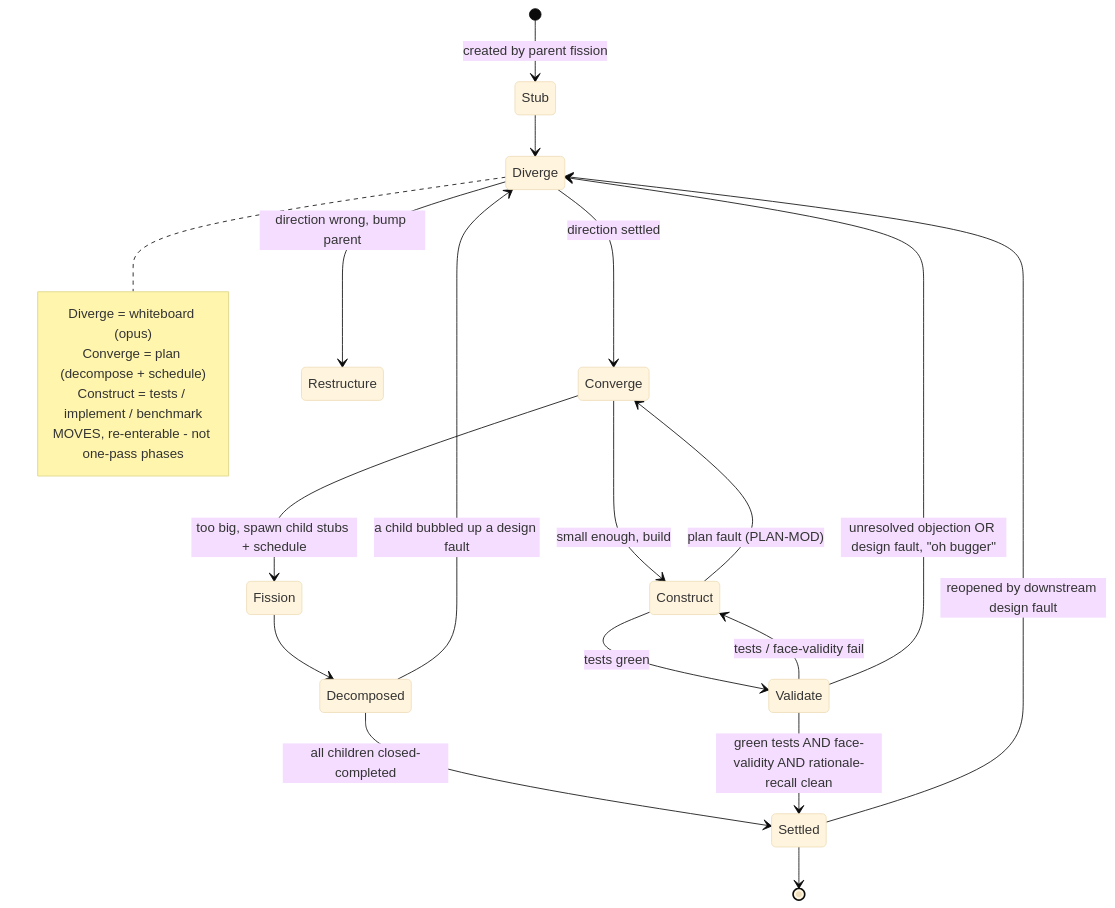
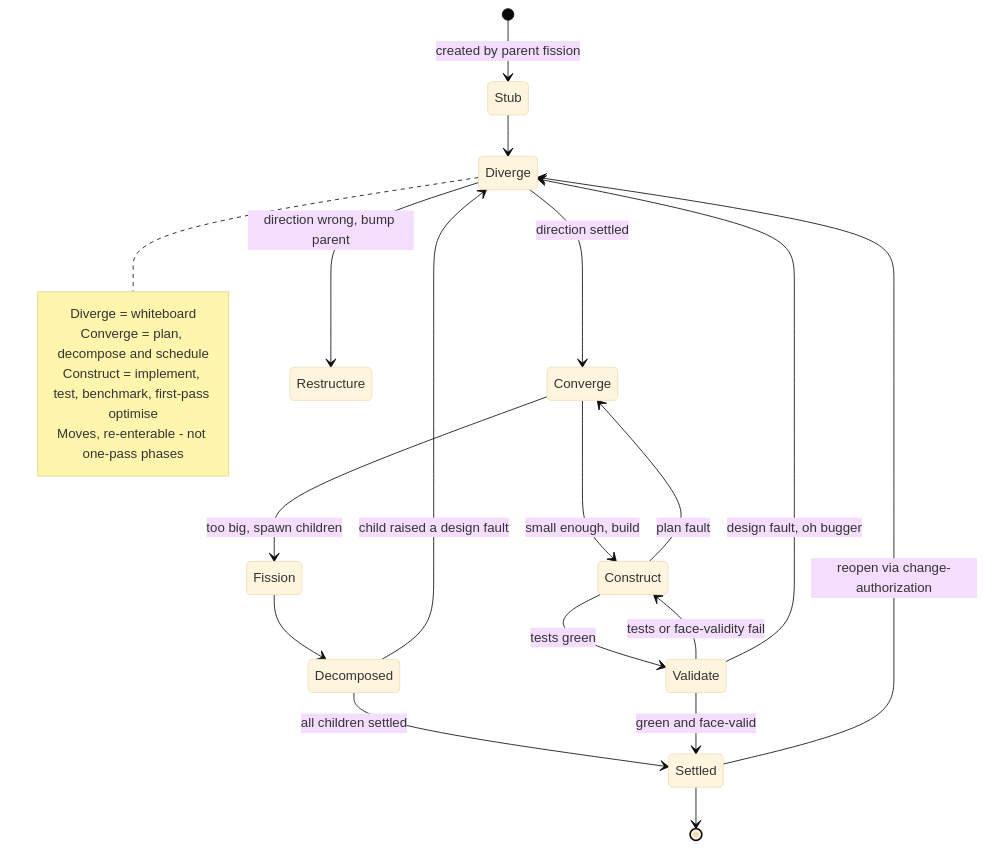
The first of 4 diagrams in workflow-redesign.md (vorpalvorpal/skills), drawn with Mermaid (base theme) before and after one commit. The commit also changed other lines of this file and 15 other files, not shown here.

````diff
--- a/workflow-redesign.md
+++ b/workflow-redesign.md
@@ -91,26 +204,26 @@
 ```mermaid
 stateDiagram-v2
     [*] --> Stub: created by parent fission
     Stub --> Diverge
     Diverge --> Converge: direction settled
     Diverge --> Restructure: direction wrong, bump parent
-    Converge --> Fission: too big, spawn child stubs + schedule
+    Converge --> Fission: too big, spawn children
     Converge --> Construct: small enough, build
     Fission --> Decomposed
-    Decomposed --> Settled: all children closed-completed
-    Decomposed --> Diverge: a child bubbled up a design fault
+    Decomposed --> Settled: all children settled
+    Decomposed --> Diverge: child raised a design fault
     Construct --> Validate: tests green
-    Construct --> Converge: plan fault (PLAN-MOD)
-    Validate --> Settled: green tests AND face-validity AND rationale-recall clean
-    Validate --> Construct: tests / face-validity fail
-    Validate --> Diverge: unresolved objection OR design fault, "oh bugger"
-    Settled --> Diverge: reopened by downstream design fault
+    Construct --> Converge: plan fault
+    Validate --> Settled: green and face-valid
+    Validate --> Construct: tests or face-validity fail
+    Validate --> Diverge: design fault, oh bugger
+    Settled --> Diverge: reopen via change-authorization
     Settled --> [*]
 
     note right of Diverge
-        Diverge = whiteboard (opus)
-        Converge = plan (decompose + schedule)
-        Construct = tests / implement / benchmark
-        MOVES, re-enterable - not one-pass phases
+        Diverge = whiteboard
+        Converge = plan, decompose and schedule
+        Construct = implement, test, benchmark, first-pass optimise
+        Moves, re-enterable - not one-pass phases
     end note
 ```
````
